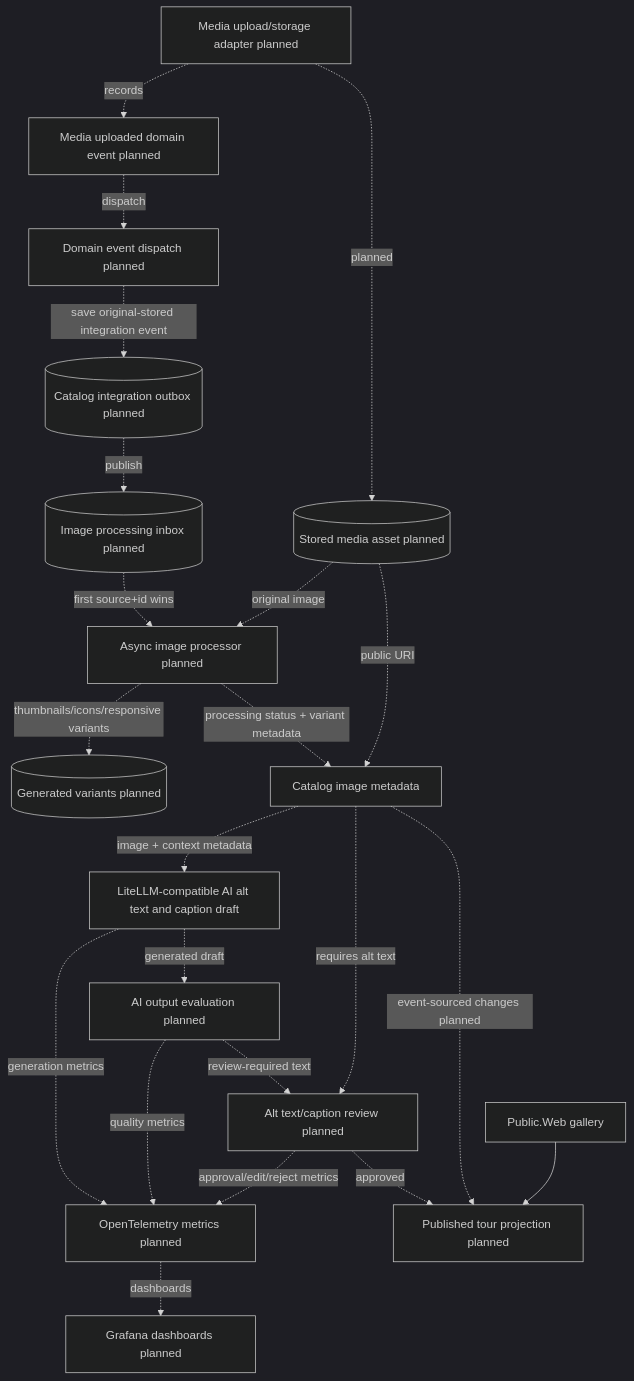
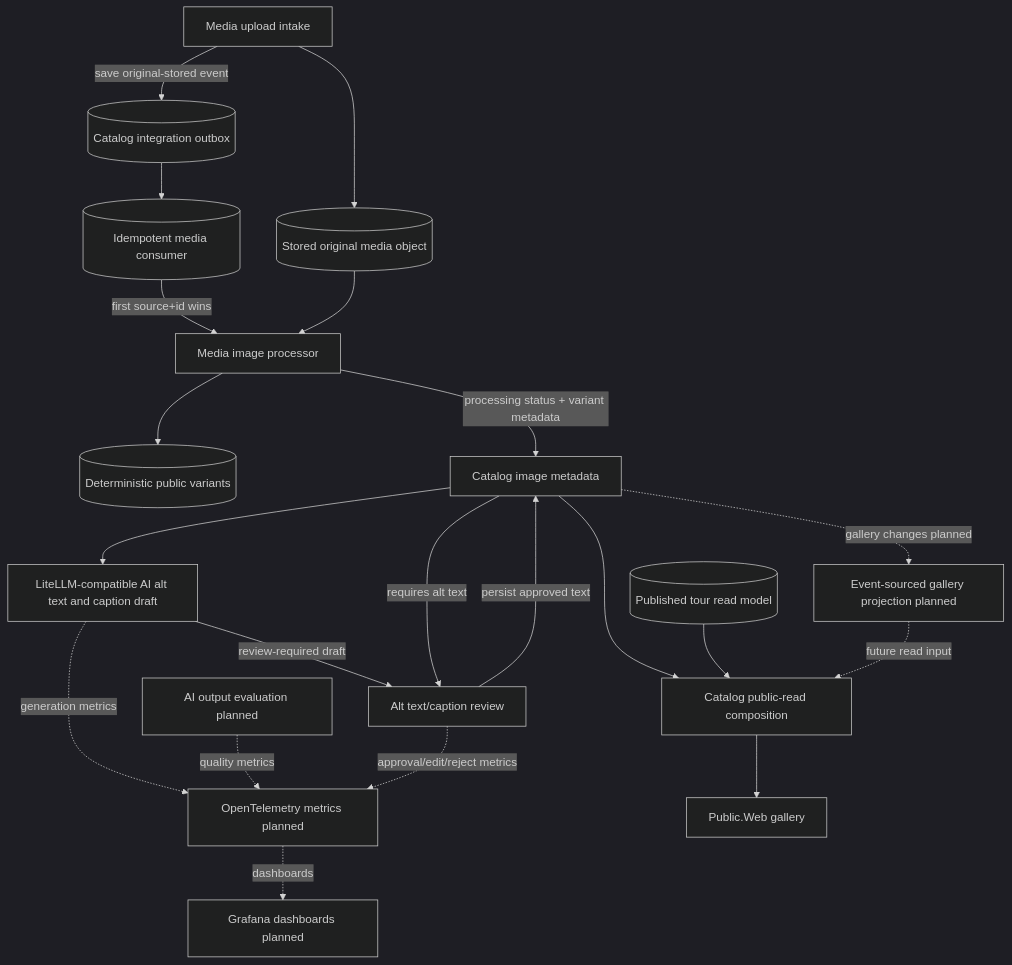
One commit to danigutsch/ViajantesTurismo changed diagram 11 of 11 in docs/architecture/FLOWS.md. Above: the diagram before and after it, drawn with Mermaid (dark theme). The commit also changed other lines of this file and 44 other files, not shown here.

````diff
--- a/docs/architecture/FLOWS.md
+++ b/docs/architecture/FLOWS.md
@@ -345,41 +391,40 @@
 ```mermaid
 flowchart TB
-    upload[Media upload/storage adapter planned]
-    asset[(Stored media asset planned)]
-    domainEvent[Media uploaded domain event planned]
-    domainDispatch[Domain event dispatch planned]
-    outbox[(Catalog integration outbox planned)]
-    inbox[(Image processing inbox planned)]
-    processor[Async image processor planned]
-    variants[(Generated variants planned)]
+    upload[Media upload intake]
+    asset[(Stored original media object)]
+    outbox[(Catalog integration outbox)]
+    inbox[(Idempotent media consumer)]
+    processor[Media image processor]
+    variants[(Deterministic public variants)]
     metadata[Catalog image metadata]
     ai[LiteLLM-compatible AI alt text and caption draft]
     eval[AI output evaluation planned]
     telemetry[OpenTelemetry metrics planned]
     grafana[Grafana dashboards planned]
-    review[Alt text/caption review planned]
-    projection[Published tour projection planned]
+    review[Alt text/caption review]
+    tourRead[(Published tour read model)]
+    publicRead[Catalog public-read composition]
+    galleryProjection[Event-sourced gallery projection planned]
     publicWeb[Public.Web gallery]
 
-    upload -. planned .-> asset
-    upload -. records .-> domainEvent
-    domainEvent -. dispatch .-> domainDispatch
-    domainDispatch -. save original-stored integration event .-> outbox
-    outbox -. publish .-> inbox
-    inbox -. first source+id wins .-> processor
-    asset -. original image .-> processor
-    processor -. thumbnails/icons/responsive variants .-> variants
-    processor -. processing status + variant metadata .-> metadata
-    asset -. public URI .-> metadata
-    metadata -. image + context metadata .-> ai
-    ai -. generated draft .-> eval
-    eval -. review-required text .-> review
+    upload --> asset
+    upload -->|save original-stored event| outbox
+    outbox --> inbox
+    inbox -->|first source+id wins| processor
+    asset --> processor
+    processor --> variants
+    processor -->|processing status + variant metadata| metadata
+    metadata --> ai
+    ai -->|review-required draft| review
     ai -. generation metrics .-> telemetry
     eval -. quality metrics .-> telemetry
     review -. approval/edit/reject metrics .-> telemetry
     telemetry -. dashboards .-> grafana
-    metadata -. requires alt text .-> review
-    review -. approved .-> projection
-    metadata -. event-sourced changes planned .-> projection
-    publicWeb --> projection
+    metadata -->|requires alt text| review
+    review -->|persist approved text| metadata
+    metadata --> publicRead
+    tourRead --> publicRead
+    metadata -. gallery changes planned .-> galleryProjection
+    galleryProjection -. future read input .-> publicRead
+    publicRead --> publicWeb
 ```
````
